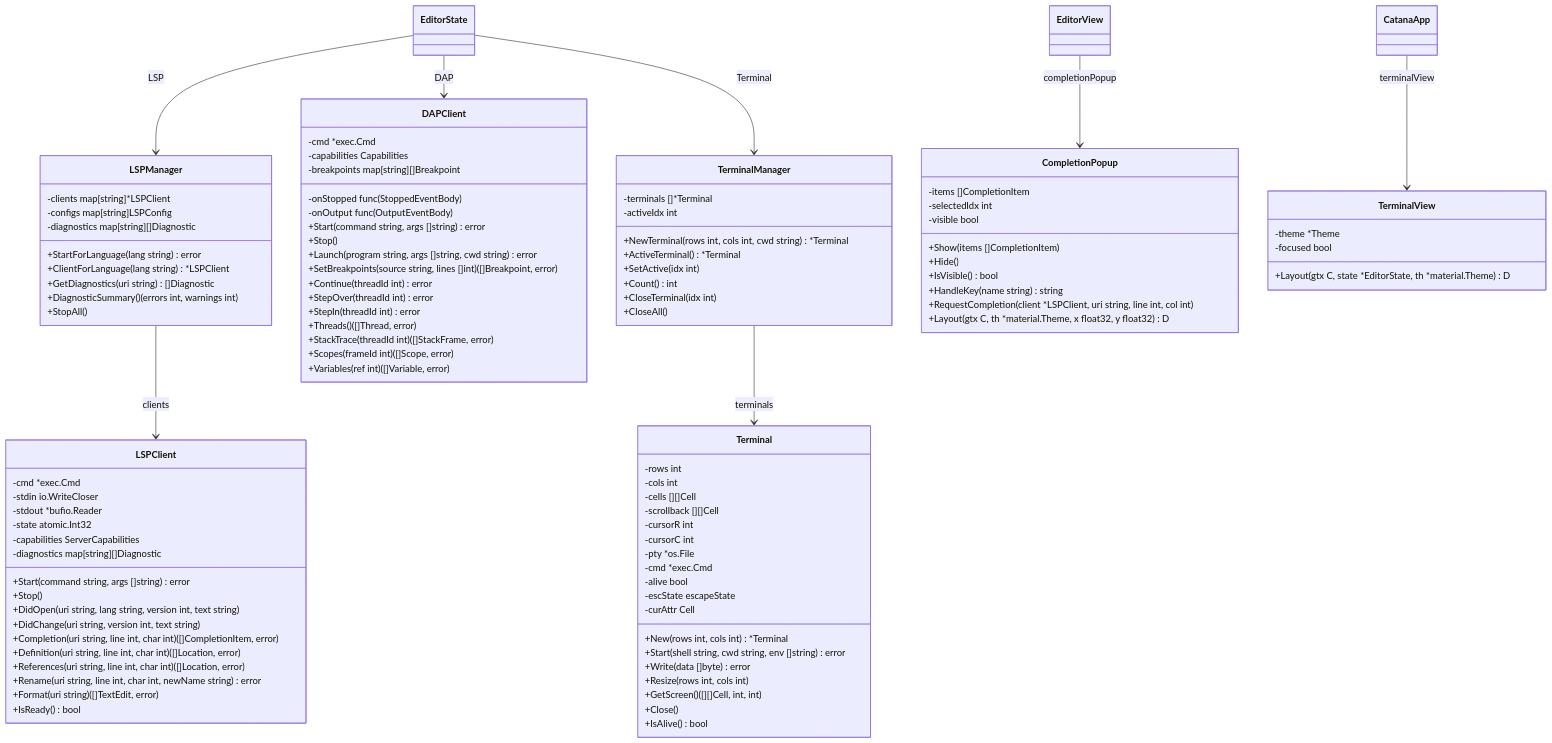
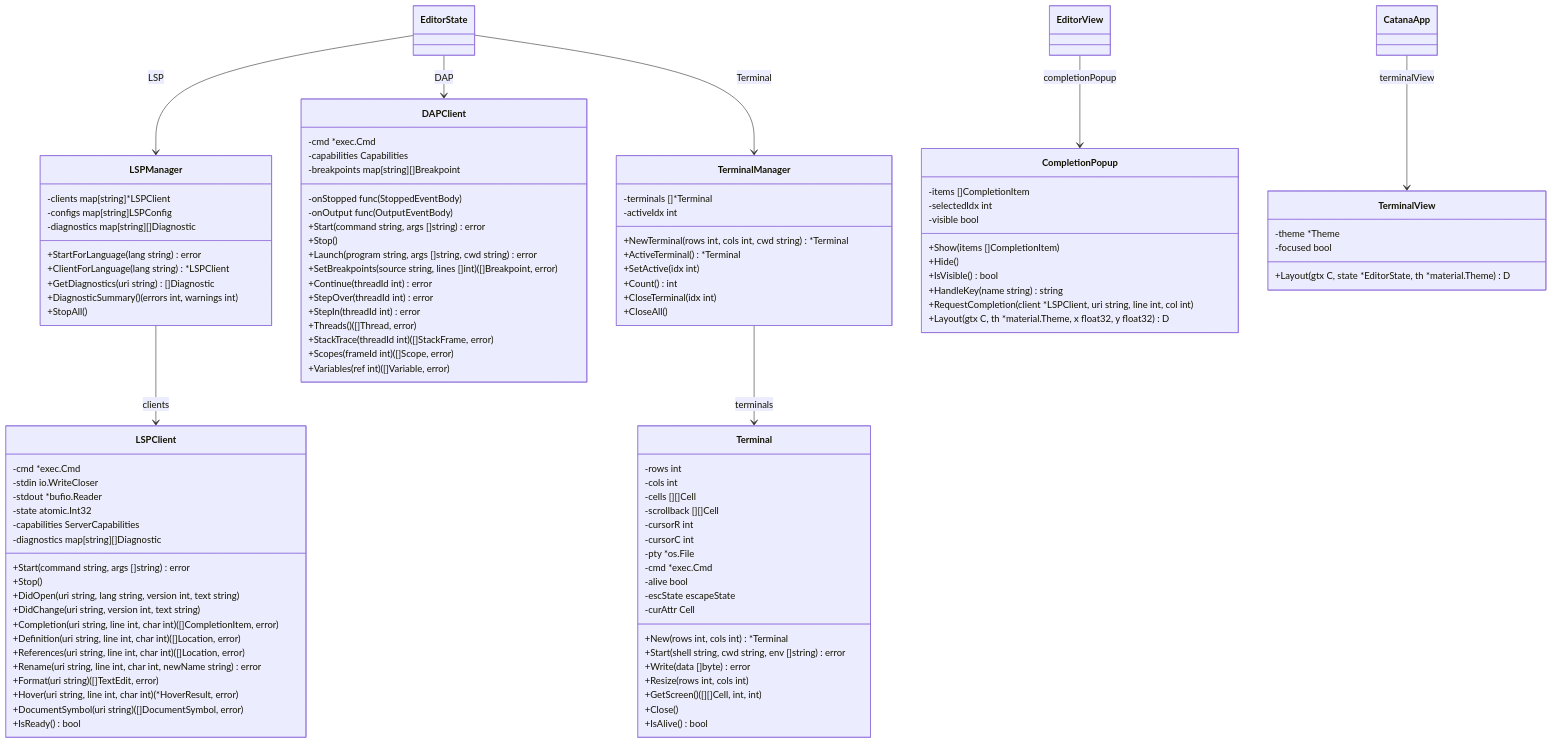
The fifth of 7 diagrams in docs/class_diagram.md (android-cat/Catana), drawn with Mermaid before and after one commit. The commit also changed other lines of this file and 29 other files, not shown here.

```diff
--- a/docs/class_diagram.md
+++ b/docs/class_diagram.md
@@ -267,6 +267,8 @@
         +References(uri string, line int, char int) ([]Location, error)
         +Rename(uri string, line int, char int, newName string) error
         +Format(uri string) ([]TextEdit, error)
+        +Hover(uri string, line int, char int) (*HoverResult, error)
+        +DocumentSymbol(uri string) ([]DocumentSymbol, error)
         +IsReady() bool
     }
 
```
